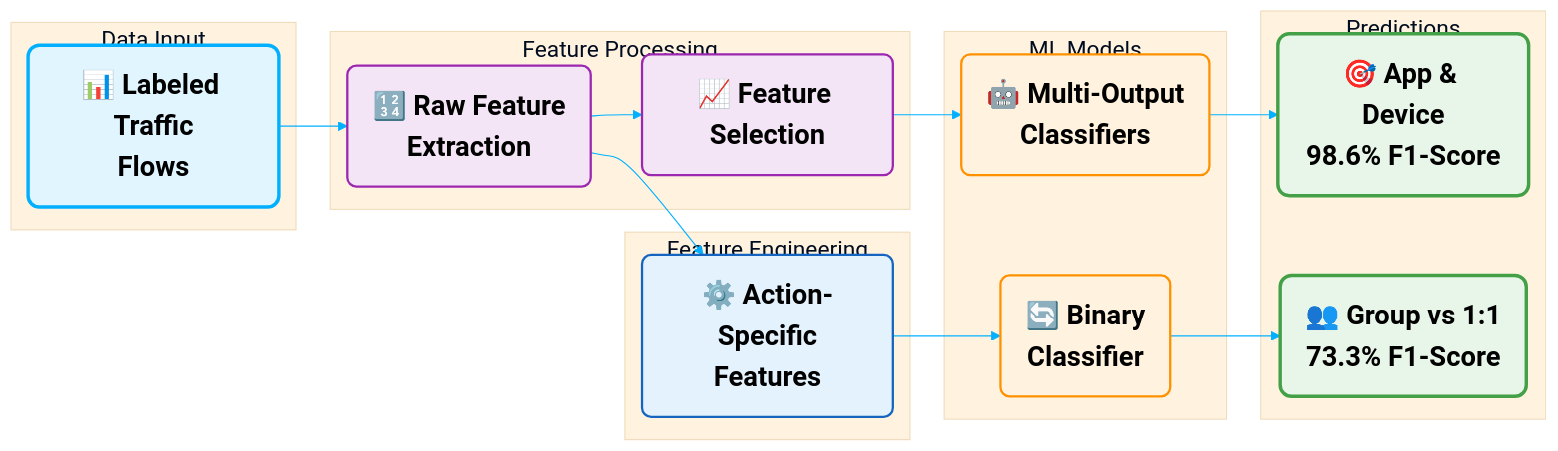
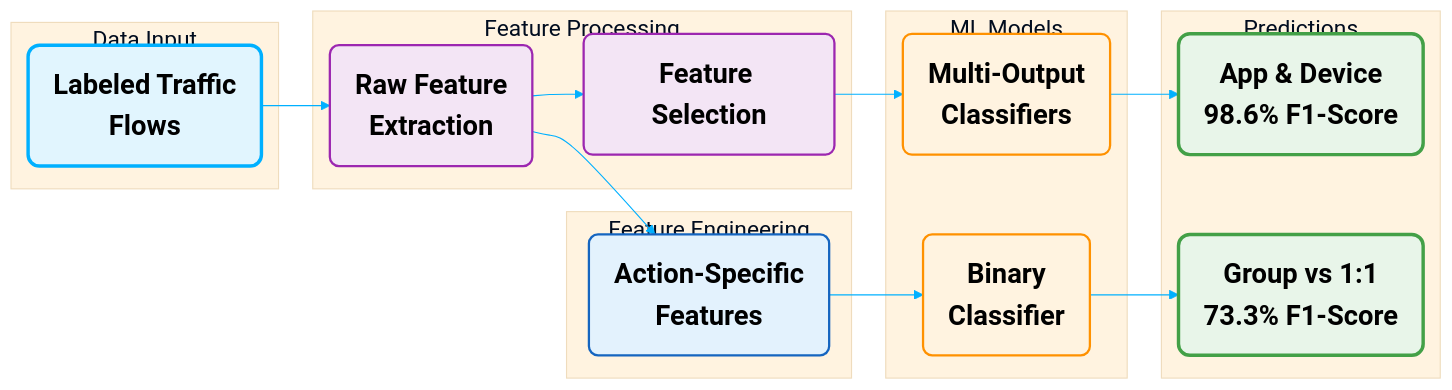
The third of 3 diagrams in presentations/nim-presentation.md (cenab/nim-presentation), drawn with Mermaid before and after one commit. The commit also changed 1 other file, not shown here.

````diff
--- a/presentations/nim-presentation.md
+++ b/presentations/nim-presentation.md
@@ -523,81 +523,81 @@
 ```mermaid
 %%{init: {
   'theme': 'base',
   'themeVariables': {
     'primaryColor': '#e1f5fe',
     'primaryTextColor': '#000',
     'primaryBorderColor': '#00b0ff',
     'lineColor': '#00b0ff',
     'secondaryColor': '#f3e5f5',
     'tertiaryColor': '#fff3e0',
     'fontSize': '20px',
     'messageFontSize': '20px',
     'messageFont': 'arial',
     'nodeFontSize': '20px'
   },
   'flowchart': {
     'nodeSpacing': 20,
     'rankSpacing': 30,
     'padding': 5,
     'width': 1200,
     'height': 400,
     'diagramPadding': 0,
     'htmlLabels': true,
     'curve': 'basis'
   }
 }}%%
 graph LR
     subgraph Input["Data Input"]
-        A["<div style='font-size: 1.2em; padding: 0.5em;'>📊 Labeled Traffic<br>Flows</div>"]
+        A["<div style='font-size: 1.2em; padding: 0.5em;'>Labeled Traffic<br>Flows</div>"]
     end
 
     subgraph Features["Feature Processing"]
-        B["<div style='font-size: 1.2em; padding: 0.5em;'>🔢 Raw Feature<br>Extraction</div>"]
-        C["<div style='font-size: 1.2em; padding: 0.5em;'>📈 Feature Selection</div>"]
+        B["<div style='font-size: 1.2em; padding: 0.5em;'>Raw Feature<br>Extraction</div>"]
+        C["<div style='font-size: 1.2em; padding: 0.5em;'>Feature Selection</div>"]
     end
 
     subgraph Models["ML Models"]
-        D["<div style='font-size: 1.2em; padding: 0.5em;'>🤖 Multi-Output<br>Classifiers</div>"]
-        G["<div style='font-size: 1.2em; padding: 0.5em;'>🔄 Binary<br>Classifier</div>"]
+        D["<div style='font-size: 1.2em; padding: 0.5em;'>Multi-Output<br>Classifiers</div>"]
+        G["<div style='font-size: 1.2em; padding: 0.5em;'>Binary<br>Classifier</div>"]
     end
 
     subgraph Engineering["Feature Engineering"]
-        F["<div style='font-size: 1.2em; padding: 0.5em;'>⚙️ Action-Specific<br>Features</div>"]
+        F["<div style='font-size: 1.2em; padding: 0.5em;'>Action-Specific<br>Features</div>"]
     end
 
     subgraph Predictions["Predictions"]
-        E["<div style='font-size: 1.2em; padding: 0.5em;'>🎯 App & Device<br>98.6% F1-Score</div>"]
-        H["<div style='font-size: 1.2em; padding: 0.5em;'>👥 Group vs 1:1<br>73.3% F1-Score</div>"]
+        E["<div style='font-size: 1.2em; padding: 0.5em;'>App & Device<br>98.6% F1-Score</div>"]
+        H["<div style='font-size: 1.2em; padding: 0.5em;'>Group vs 1:1<br>73.3% F1-Score</div>"]
     end
 
     A --> B
     B --> C
     C --> D
     D --> E
     
     B --> F
     F --> G
     G --> H
 
     classDef input fill:#e1f5fe,stroke:#00b0ff,stroke-width:3px,rx:10,ry:10
     classDef features fill:#f3e5f5,stroke:#9c27b0,stroke-width:2px,rx:8,ry:8
     classDef models fill:#fff3e0,stroke:#ff9100,stroke-width:2px,rx:8,ry:8
     classDef engineering fill:#e3f2fd,stroke:#1565c0,stroke-width:2px,rx:8,ry:8
     classDef predictions fill:#e8f5e9,stroke:#43a047,stroke-width:3px,rx:10,ry:10
 
     class A input
     class B,C features
     class D,G models
     class F engineering
     class E,H predictions
 
     %% Add styling for better text visibility
     style A font-weight:bold,font-size:20px
     style B font-weight:bold,font-size:20px
     style C font-weight:bold,font-size:20px
     style D font-weight:bold,font-size:20px
     style E font-weight:bold,font-size:20px
     style F font-weight:bold,font-size:20px
     style G font-weight:bold,font-size:20px
     style H font-weight:bold,font-size:20px
 ```
````
